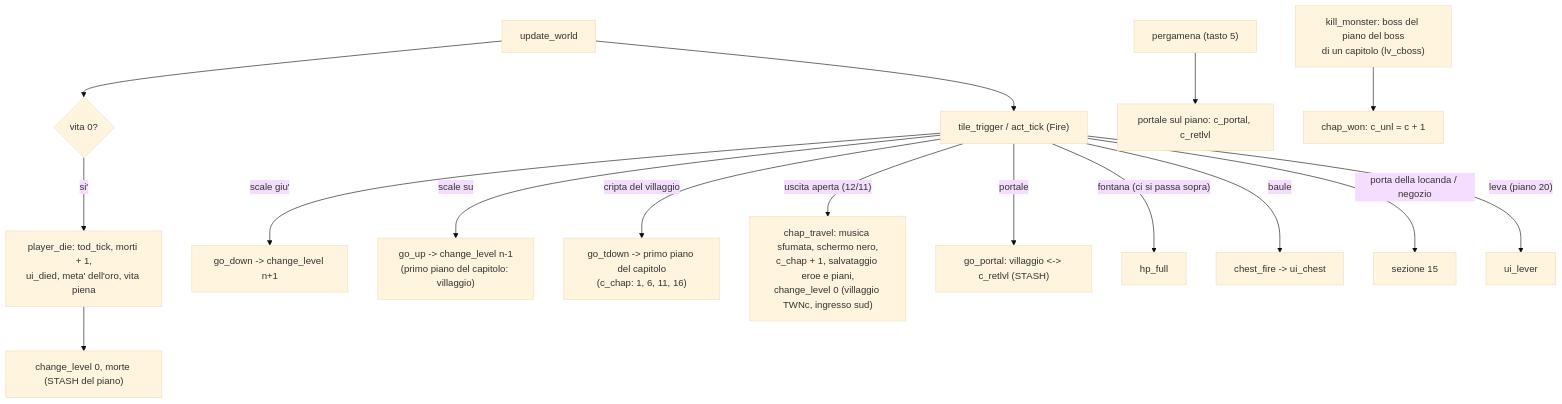
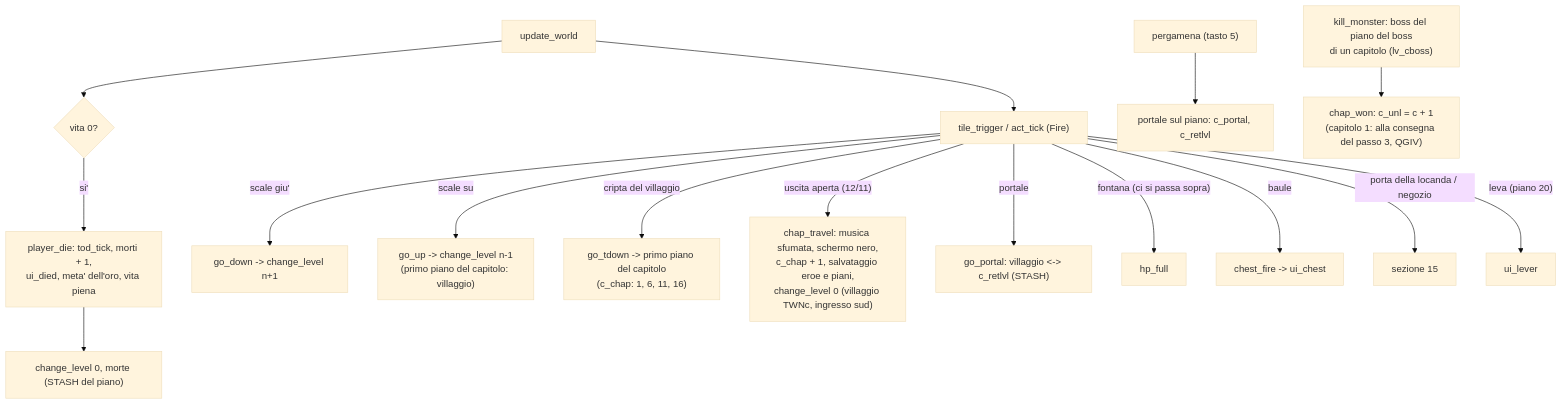
One commit to caporalesimone/barbarian-the-blood-path changed diagram 14 of 18 in docs/wiki/flussi.md. Above: the diagram before and after it, drawn with Mermaid (base theme). The commit also changed 32 other files, not shown here.

First line of the commit message:
Quest: abilita' dalla catena (Q15) e capitolo 2 sbloccato alla consegna del passo 3

````diff
--- a/docs/wiki/flussi.md
+++ b/docs/wiki/flussi.md
@@ -379,18 +379,18 @@
 ```mermaid
 flowchart TD
     UW["update_world"] --> HP{"vita 0?"}
     HP -->|si'| PD["player_die: tod_tick, morti + 1,<br/>ui_died, meta' dell'oro, vita piena"]
     PD --> CL3["change_level 0, morte (STASH del piano)"]
     UW --> TT["tile_trigger / act_tick (Fire)"]
     TT -->|"scale giu'"| GD["go_down -> change_level n+1"]
     TT -->|"scale su"| GU["go_up -> change_level n-1<br/>(primo piano del capitolo: villaggio)"]
     TT -->|"cripta del villaggio"| GT["go_tdown -> primo piano del capitolo<br/>(c_chap: 1, 6, 11, 16)"]
     TT -->|"uscita aperta (12/11)"| CT["chap_travel: musica sfumata, schermo nero,<br/>c_chap + 1, salvataggio eroe e piani,<br/>change_level 0 (villaggio TWNc, ingresso sud)"]
     TT -->|portale| GP["go_portal: villaggio <-> c_retlvl (STASH)"]
     TT -->|"fontana (ci si passa sopra)"| FT["hp_full"]
     TT -->|baule| CF["chest_fire -> ui_chest"]
     TT -->|"porta della locanda / negozio"| VM["sezione 15"]
     TT -->|"leva (piano 20)"| LV["ui_lever"]
     SCR["pergamena (tasto 5)"] --> PT["portale sul piano: c_portal, c_retlvl"]
-    KM["kill_monster: boss del piano del boss<br/>di un capitolo (lv_cboss)"] --> CW["chap_won: c_unl = c + 1"]
+    KM["kill_monster: boss del piano del boss<br/>di un capitolo (lv_cboss)"] --> CW["chap_won: c_unl = c + 1<br/>(capitolo 1: alla consegna del passo 3, QGIV)"]
 ```
````
